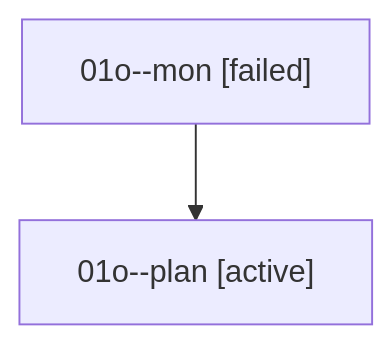
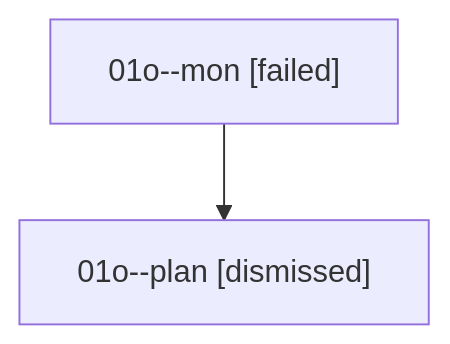
The diagram in sessions/bbugyi200.athena.01o.md (sase-org/sase--agents), drawn with Mermaid before and after one commit. The commit also changed other lines of this file and 24 other files, not shown here.

````diff
--- a/sessions/bbugyi200.athena.01o.md
+++ b/sessions/bbugyi200.athena.01o.md
@@ -9,6 +9,6 @@
 ```mermaid
 flowchart TD
   n0["01o--mon [failed]"]
-  n1["01o--plan [active]"]
+  n1["01o--plan [dismissed]"]
   n0 --> n1
 ```
````
